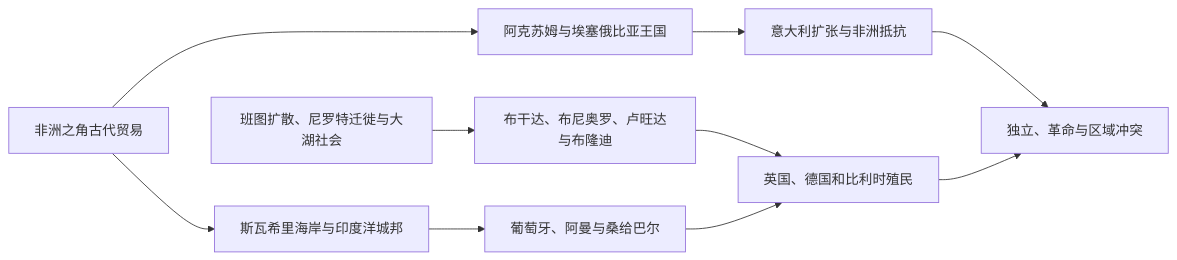
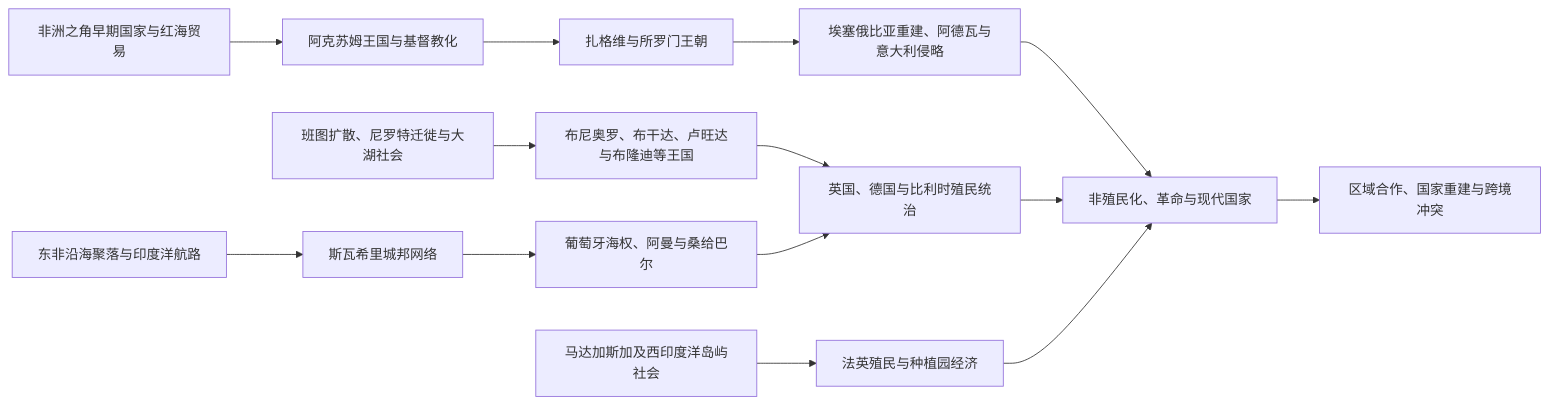
Before and after one commit to tianlan-dev/learning-notes: the diagram in 人文科学/历史/非洲/东非/README.md, drawn with Mermaid. The commit also changed other lines of this file and 1417 other files, not shown here.

````diff
--- a/人文科学/历史/非洲/东非/README.md
+++ b/人文科学/历史/非洲/东非/README.md
@@ -9,12 +11,16 @@
 ```mermaid
 flowchart LR
-    A["非洲之角古代贸易"] --> B["阿克苏姆与埃塞俄比亚王国"]
-    A --> C["斯瓦希里海岸与印度洋城邦"]
-    D["班图扩散、尼罗特迁徙与大湖社会"] --> E["布干达、布尼奥罗、卢旺达与布隆迪"]
-    C --> F["葡萄牙、阿曼与桑给巴尔"]
-    B --> G["意大利扩张与非洲抵抗"]
-    E --> H["英国、德国和比利时殖民"]
-    F --> H
-    G --> I["独立、革命与区域冲突"]
-    H --> I
+    A["非洲之角早期国家与红海贸易"] --> B["阿克苏姆王国与基督教化"]
+    B --> C["扎格维与所罗门王朝"]
+    D["班图扩散、尼罗特迁徙与大湖社会"] --> E["布尼奥罗、布干达、卢旺达与布隆迪等王国"]
+    F["东非沿海聚落与印度洋航路"] --> G["斯瓦希里城邦网络"]
+    G --> H["葡萄牙海权、阿曼与桑给巴尔"]
+    C --> I["埃塞俄比亚重建、阿德瓦与意大利侵略"]
+    E --> J["英国、德国与比利时殖民统治"]
+    H --> J
+    I --> K["非殖民化、革命与现代国家"]
+    J --> K
+    L["马达加斯加及西印度洋岛屿社会"] --> M["法英殖民与种植园经济"]
+    M --> K
+    K --> N["区域合作、国家重建与跨境冲突"]
 ```
````
